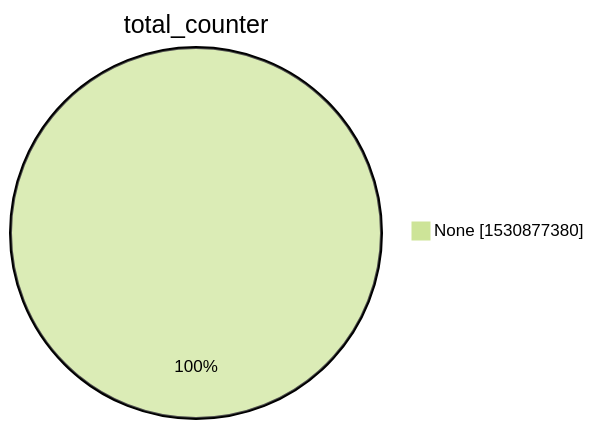
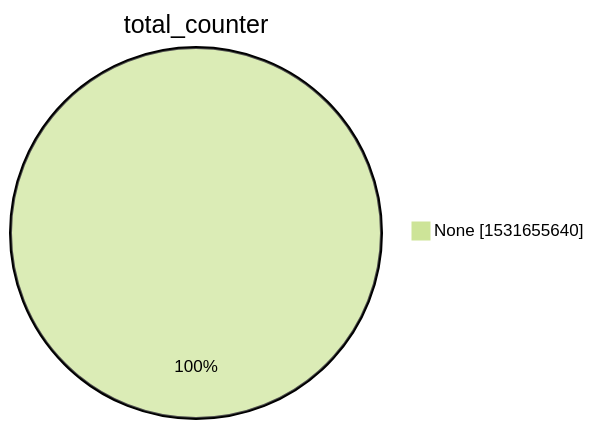
The second of 15 diagrams in xenon2022/README.md (christiankrug/ctmonitor_visualization), drawn with Mermaid (forest theme) before and after one commit. The commit also changed other lines of this file, not shown here.

````diff
--- a/xenon2022/README.md
+++ b/xenon2022/README.md
@@ -9,5 +9,5 @@
 ```mermaid
 pie showData
 title total_counter
-"None" :1530877380
+"None" :1531655640
 ```
````
